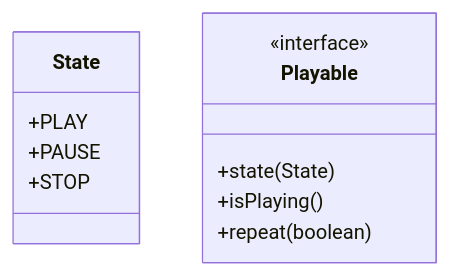
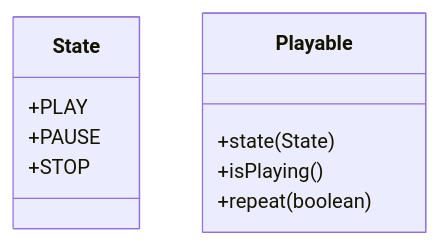
Before and after one commit to stridecolossus/JOVE: the diagram in docs/blog/part-4-models/render-loop.md, drawn with Mermaid.

````diff
--- a/docs/blog/part-4-models/render-loop.md
+++ b/docs/blog/part-4-models/render-loop.md
@@ -336,16 +336,15 @@
 ```mermaid
 classDiagram
 
 class State
 State : +PLAY
 State : +PAUSE
 State : +STOP
 
 class Playable {
-    <<interface>>
     +state(State)
     +isPlaying()
     +repeat(boolean)
 }
 
 ```
````
